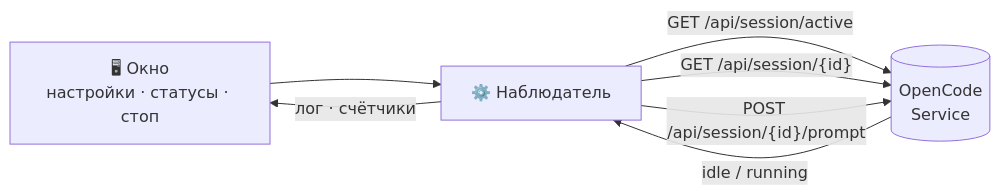
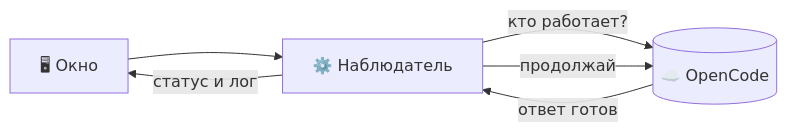
Before and after one commit to KurumaOfficial/Opencode_Script: the diagram in README.md, drawn with Mermaid.

Commit message:
Схема в README: компактные подписи

````diff
--- a/README.md
+++ b/README.md
@@ -117,9 +117,8 @@
 ```mermaid
 flowchart LR
-    A["🖥 Окно<br/>настройки · статусы · стоп"] --> B["⚙️ Наблюдатель"]
-    B -- "GET /api/session/active" --> C[("OpenCode<br/>Service")]
-    B -- "GET /api/session/{id}" --> C
-    B -- "POST /api/session/{id}/prompt" --> C
-    C -- "idle / running" --> B
-    B -- "лог · счётчики" --> A
+    A["🖥 Окно"] --> B["⚙️ Наблюдатель"]
+    B -->|"кто работает?"| C[("☁️ OpenCode")]
+    B -->|"продолжай"| C
+    C -->|"ответ готов"| B
+    B -->|"статус и лог"| A
 ```
````
